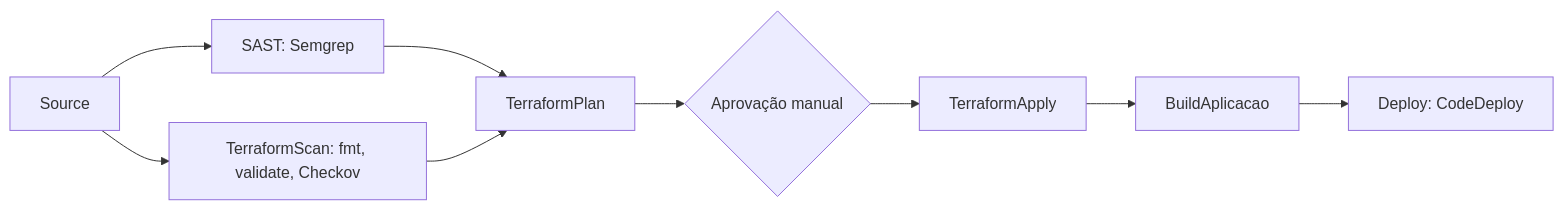
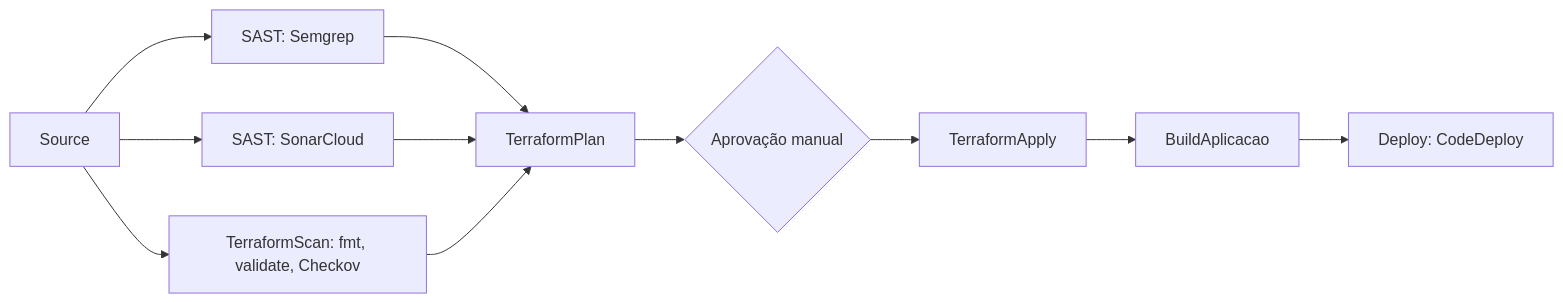
Before and after one commit to Yanclopes/cofre: the diagram in docs/pipeline-devsecops.md, drawn with Mermaid. The commit also changed other lines of this file and 11 other files, not shown here.

First line of the commit message:
feat(pipeline): SonarCloud como SAST complementar ao Semgrep

````diff
--- a/docs/pipeline-devsecops.md
+++ b/docs/pipeline-devsecops.md
@@ -7,11 +7,13 @@
 ```mermaid
 flowchart LR
     S[Source] --> SAST[SAST: Semgrep]
+    S --> SQ[SAST: SonarCloud]
     S --> TF[TerraformScan: fmt, validate, Checkov]
     SAST --> P[TerraformPlan]
+    SQ --> P
     TF --> P
     P --> A{Aprovação manual}
     A --> AP[TerraformApply]
     AP --> B[BuildAplicacao]
     B --> D[Deploy: CodeDeploy]
 ```
````
